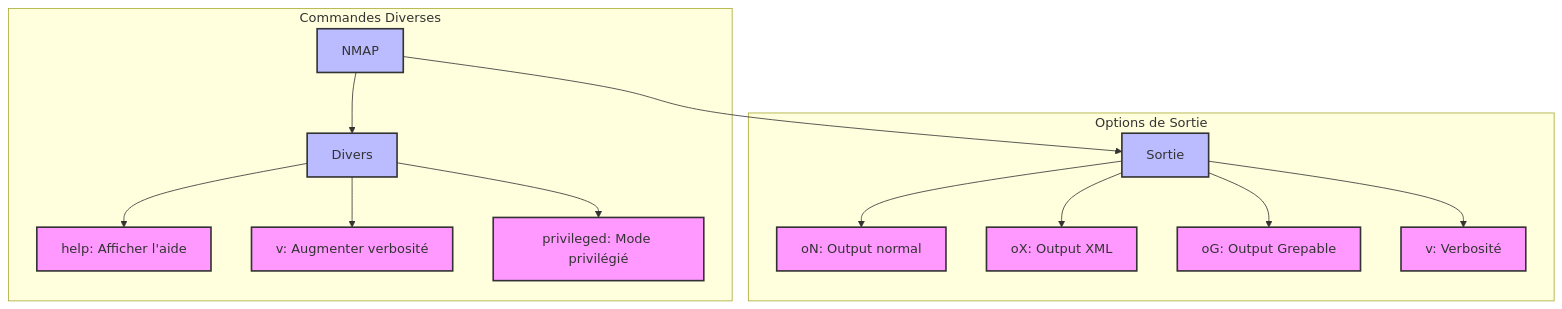
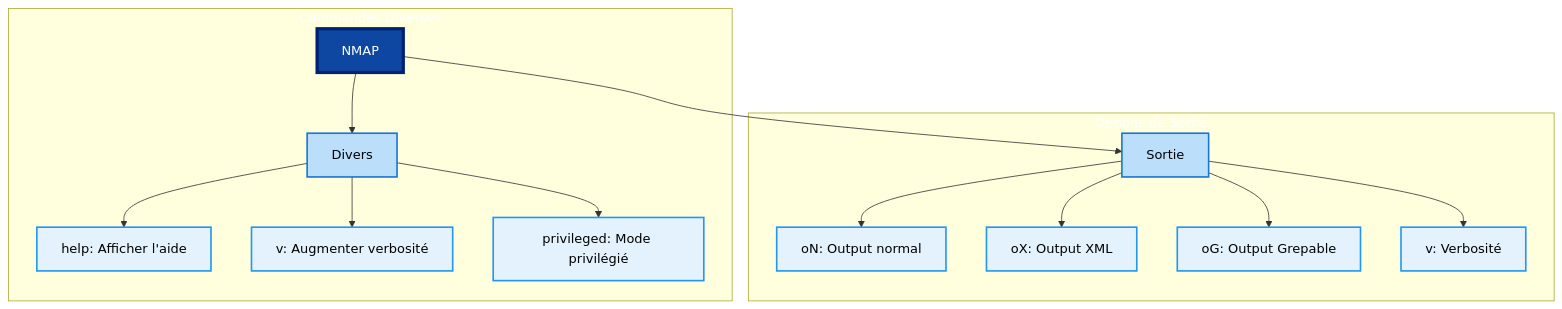
One commit to Roadmvn/Nmap-sheet changed the diagram in docs/1-basic-commands.md. Above: the diagram before and after it, drawn with Mermaid. The commit also changed 2 other files, not shown here.

Commit message:
style: amélioration de la lisibilité du texte dans les diagrammes

````diff
--- a/docs/1-basic-commands.md
+++ b/docs/1-basic-commands.md
@@ -3,23 +3,25 @@
 ```mermaid
 graph TB
     NMAP[NMAP]
     
     subgraph Commandes Diverses
     NMAP --> Misc[Divers]
     Misc --> M1[help: Afficher l'aide]
     Misc --> M2[v: Augmenter verbosité]
     Misc --> M3[privileged: Mode privilégié]
     end
     
     subgraph Options de Sortie
     NMAP --> Output[Sortie]
     Output --> O1[oN: Output normal]
     Output --> O2[oX: Output XML]
     Output --> O3[oG: Output Grepable]
     Output --> O4[v: Verbosité]
     end
 
-    classDef default fill:#f9f,stroke:#333,stroke-width:2px;
-    classDef section fill:#bbf,stroke:#333,stroke-width:2px;
-    class NMAP,Misc,Output section
+    classDef default fill:#e3f2fd,stroke:#2196f3,stroke-width:2px,color:#000;
+    classDef section fill:#bbdefb,stroke:#1976d2,stroke-width:2px,color:#000;
+    classDef root fill:#0d47a1,stroke:#002171,stroke-width:4px,color:#fff;
+    class NMAP root;
+    class Misc,Output section
 ```
````
